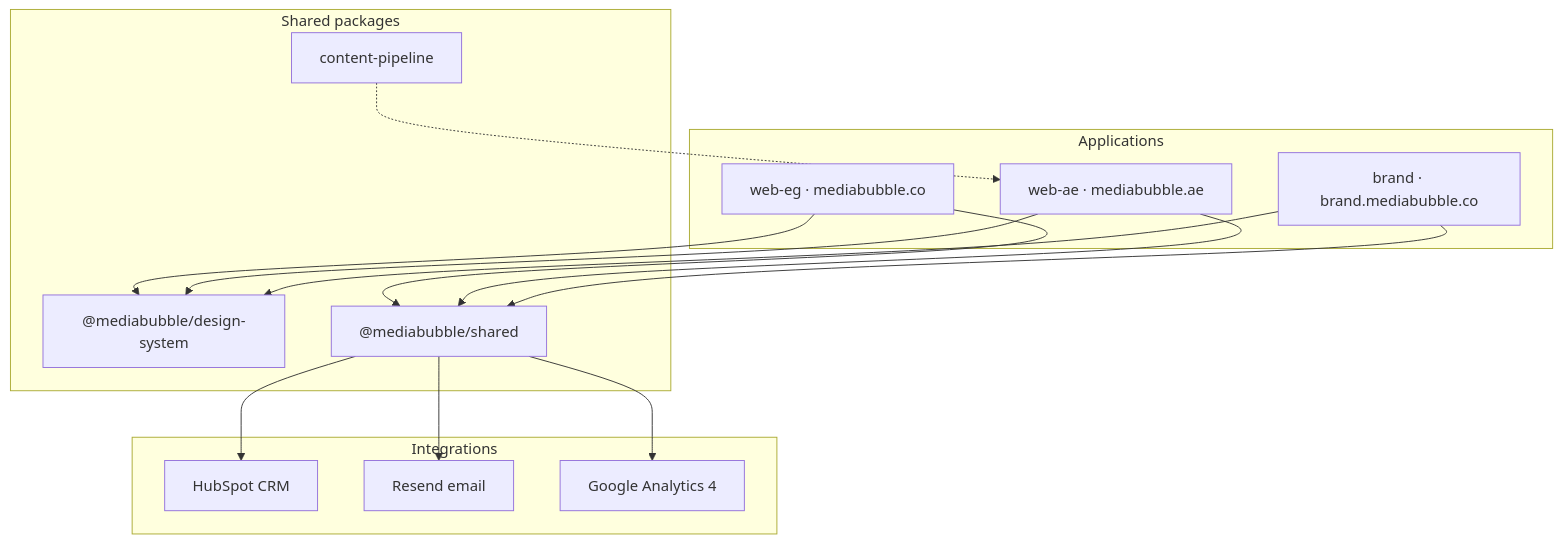
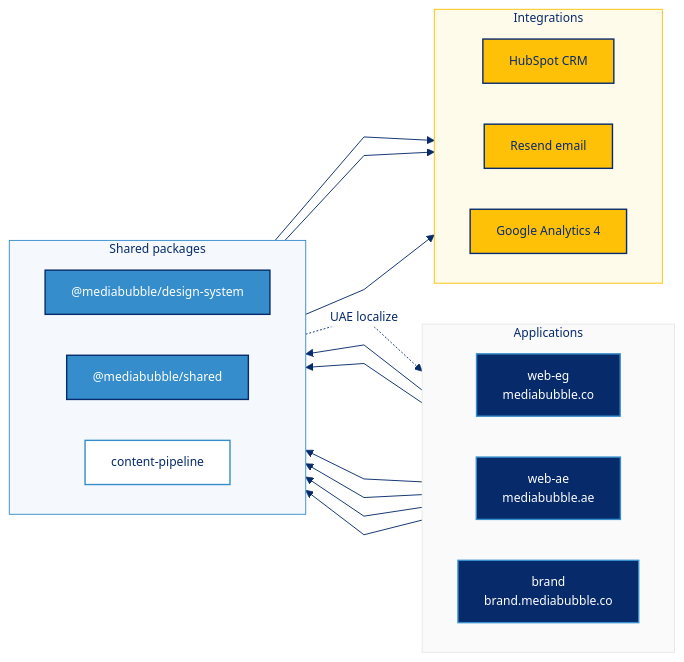
One commit to mediabubble-adv/mediaBubble changed the diagram in packages/design-system/dist/README.md. Above: the diagram before and after it, drawn with Mermaid. The commit also changed other lines of this file and 264 other files, not shown here.

First line of the commit message:
refactor(web): rename blog→insights and portfolio→case-studies across both apps

````diff
--- a/packages/design-system/dist/README.md
+++ b/packages/design-system/dist/README.md
@@ -59,31 +59,43 @@
 ```mermaid
-flowchart TB
-  subgraph apps [Applications]
-    EG["web-eg · mediabubble.co"]
-    AE["web-ae · mediabubble.ae"]
-    BR["brand · brand.mediabubble.co"]
+%%{init: {"theme":"base","themeVariables":{"fontFamily":"Poppins, Inter, system-ui, sans-serif","fontSize":"13px","lineColor":"#072A6B","primaryTextColor":"#072A6B","primaryBorderColor":"#358DCC","clusterBkg":"#FAFAFA","clusterBorder":"#E8E8E8","titleColor":"#072A6B","edgeLabelBackground":"#FFFFFF"},"flowchart":{"curve":"linear","nodeSpacing":44,"rankSpacing":52,"padding":14,"diagramPadding":10}}}%%
+flowchart LR
+  subgraph apps ["Applications"]
+    direction LR
+    EG["web-eg<br/>mediabubble.co"]
+    AE["web-ae<br/>mediabubble.ae"]
+    BR["brand<br/>brand.mediabubble.co"]
   end
 
-  subgraph packages [Shared packages]
+  subgraph packages ["Shared packages"]
+    direction LR
     DS["@mediabubble/design-system"]
     SH["@mediabubble/shared"]
     CP["content-pipeline"]
   end
 
-  subgraph integrations [Integrations]
+  subgraph integrations ["Integrations"]
+    direction LR
     HS["HubSpot CRM"]
     RS["Resend email"]
     GA["Google Analytics 4"]
   end
 
-  EG --> DS
-  EG --> SH
-  AE --> DS
-  AE --> SH
-  BR --> DS
-  BR --> SH
-  CP -.-> AE
-  SH --> HS
-  SH --> RS
-  SH --> GA
+  EG & AE & BR --> DS
+  EG & AE & BR --> SH
+  CP -.->|UAE localize| AE
+  SH --> HS & RS & GA
+
+  classDef app fill:#072A6B,stroke:#358DCC,color:#FFFFFF,stroke-width:1.5px
+  classDef pkg fill:#358DCC,stroke:#072A6B,color:#FFFFFF,stroke-width:1.5px
+  classDef pipe fill:#FFFFFF,stroke:#358DCC,color:#072A6B,stroke-width:1.5px
+  classDef integration fill:#FFC107,stroke:#072A6B,color:#072A6B,stroke-width:1.5px
+
+  class EG,AE,BR app
+  class DS,SH pkg
+  class CP pipe
+  class HS,RS,GA integration
+
+  style apps fill:#FAFAFA,stroke:#E8E8E8,stroke-width:1px,color:#072A6B
+  style packages fill:#F5F8FC,stroke:#358DCC,stroke-width:1px,color:#072A6B
+  style integrations fill:#FFFBEB,stroke:#FFC107,stroke-width:1px,color:#072A6B
 ```
````
